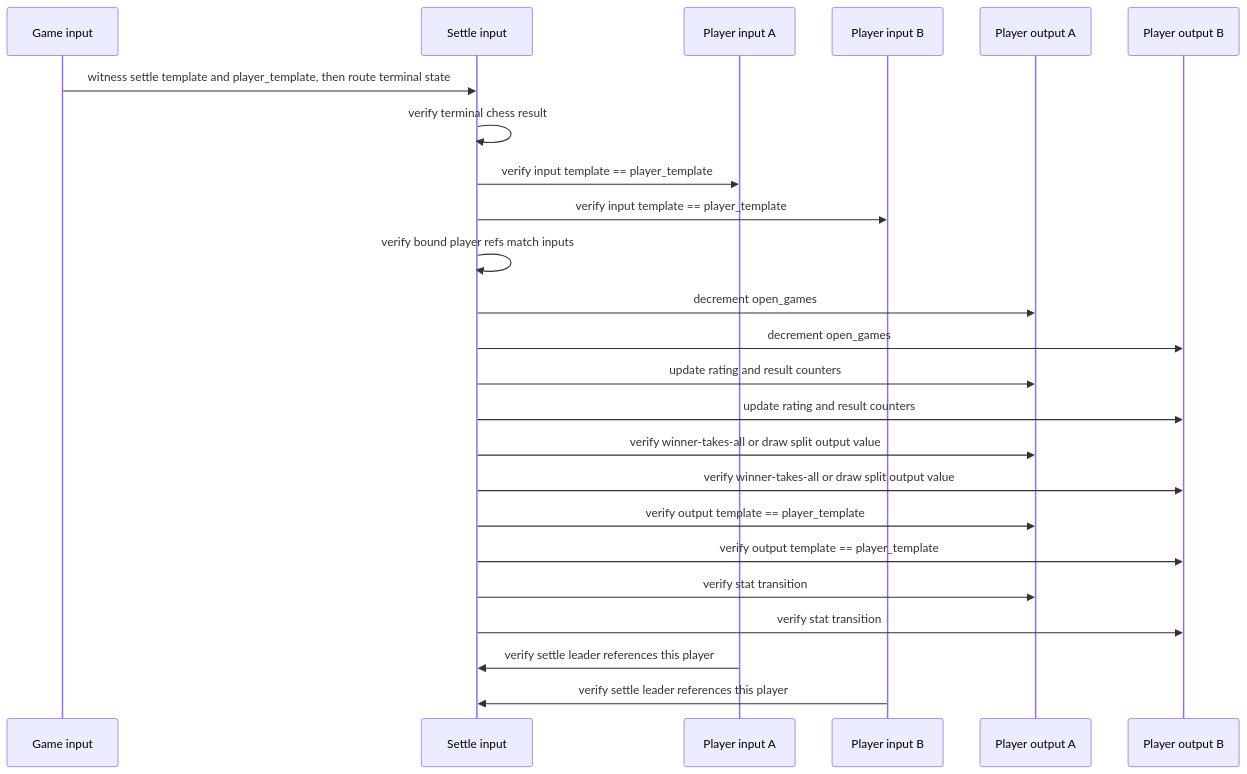
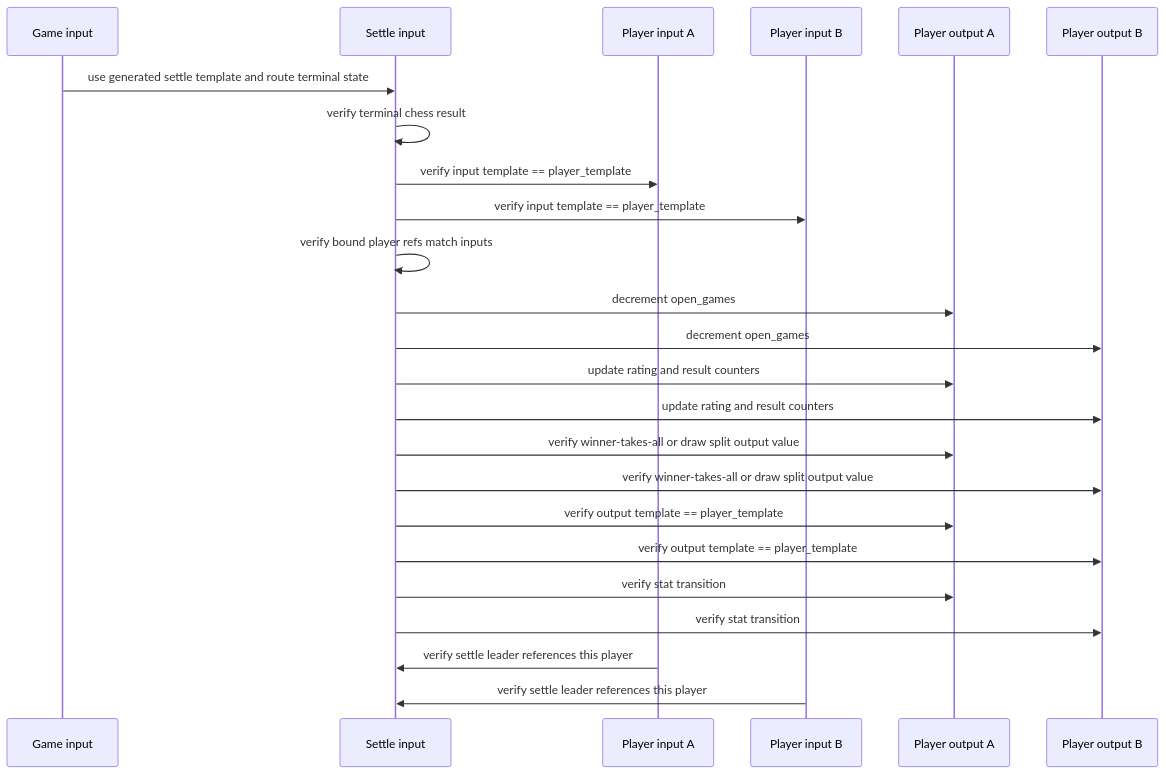
Before and after one commit to argent-lang/argent-playground: the diagram in chess/book/src/settlement.md, drawn with Mermaid. The commit also changed other lines of this file and 10 other files, not shown here.

````diff
--- a/chess/book/src/settlement.md
+++ b/chess/book/src/settlement.md
@@ -16,28 +16,28 @@
 ```mermaid
 sequenceDiagram
     participant G as Game input
     participant S as Settle input
     participant PW as Player input A
     participant PB as Player input B
     participant OW as Player output A
     participant OB as Player output B
 
-    G->>S: witness settle template and player_template, then route terminal state
+    G->>S: use generated settle template and route terminal state
     S->>S: verify terminal chess result
     S->>PW: verify input template == player_template
     S->>PB: verify input template == player_template
     S->>S: verify bound player refs match inputs
     S->>OW: decrement open_games
     S->>OB: decrement open_games
     S->>OW: update rating and result counters
     S->>OB: update rating and result counters
     S->>OW: verify winner-takes-all or draw split output value
     S->>OB: verify winner-takes-all or draw split output value
     S->>OW: verify output template == player_template
     S->>OB: verify output template == player_template
     S->>OW: verify stat transition
     S->>OB: verify stat transition
 
     PW->>S: verify settle leader references this player
     PB->>S: verify settle leader references this player
 ```
````
